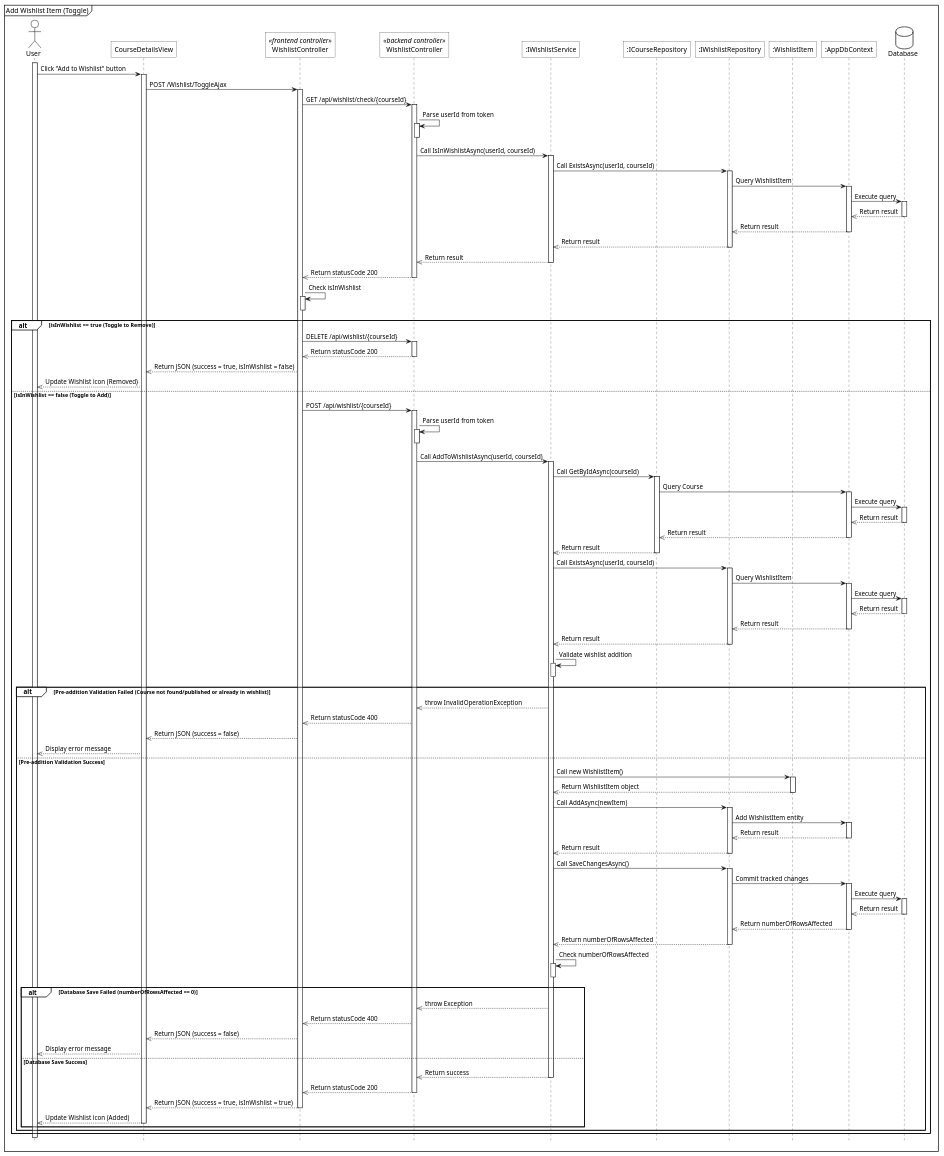
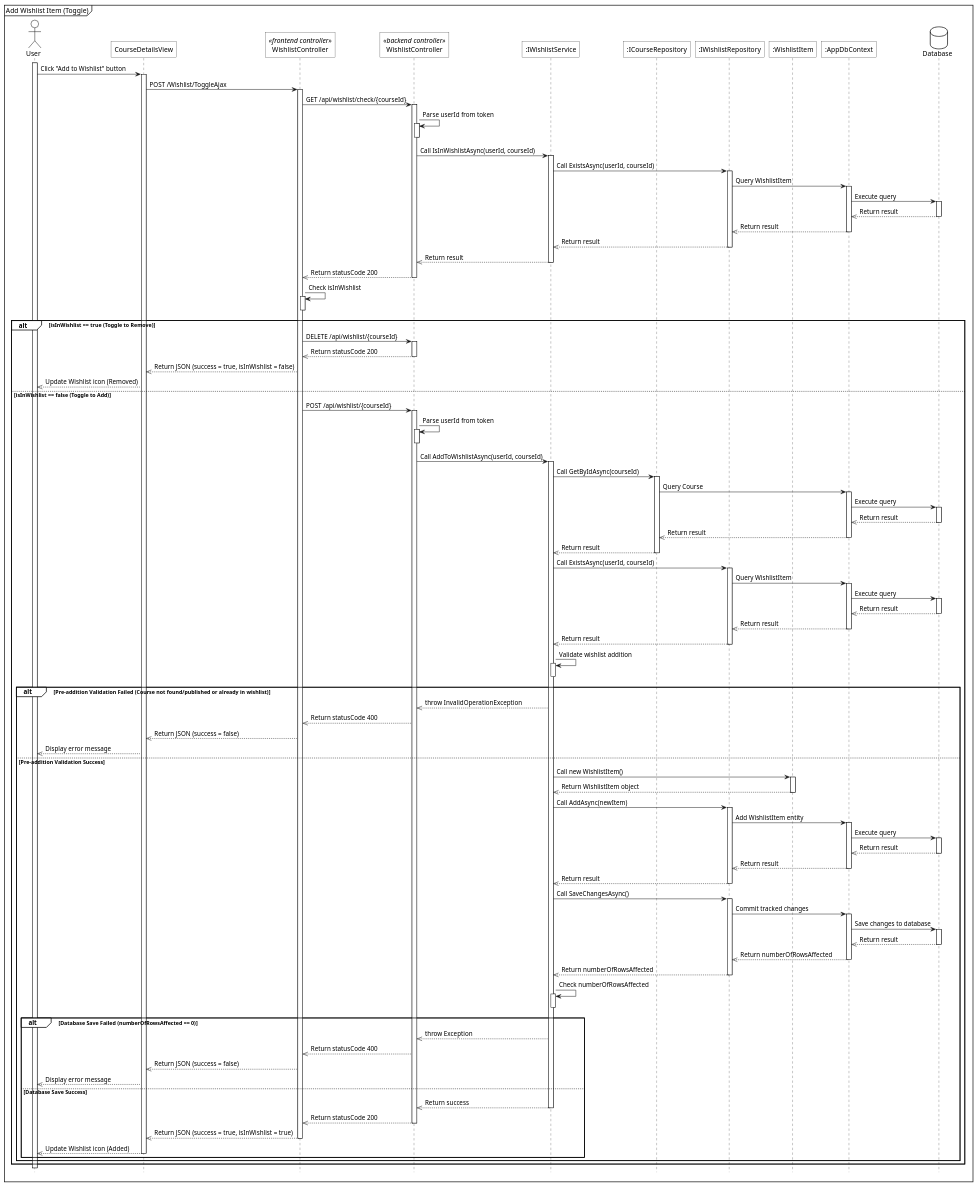
The diagram in diagrams/sequence/wishlist/sq_add_wishlist_item.plantuml (1000do/Linked), drawn with PlantUML before and after one commit. The commit also changed 15 other files, not shown here.

Commit message:
sequence cua tao

```diff
--- a/diagrams/sequence/wishlist/sq_add_wishlist_item.plantuml
+++ b/diagrams/sequence/wishlist/sq_add_wishlist_item.plantuml
@@ -1,132 +1,135 @@
 @startuml 
 <style>
     sequenceDiagram{
         actor{
             BackgroundColor white
             LineThickness 1.0
         }
         participant{
             BackgroundColor white
             RoundCorner 0
         }
         database{
             BackgroundColor white
         }
         groupHeader{
             BackgroundColor white
         }
         referenceHeader{
             BackgroundColor white
         }
         reference{
             BackgroundColor white
         }
     }
 </style>
 
 hide footbox
 
 mainframe Add Wishlist Item (Toggle)
 actor User as act
 
 participant "CourseDetailsView" as view
 participant "WishlistController" as fe_ctrl <<frontend controller>>
 participant "WishlistController" as be_ctrl <<backend controller>>
 participant ":IWishlistService" as sv
 participant ":ICourseRepository" as c_repo
 participant ":IWishlistRepository" as w_repo
 participant ":WishlistItem" as entity
 participant ":AppDbContext" as ctx
 database Database as db
 
 act++
 act->view++: Click "Add to Wishlist" button
 view->fe_ctrl++: POST /Wishlist/ToggleAjax
 
 fe_ctrl->be_ctrl++: GET /api/wishlist/check/{courseId}
 
 be_ctrl->be_ctrl++: Parse userId from token
 be_ctrl--
 
 be_ctrl->sv++: Call IsInWishlistAsync(userId, courseId)
 sv->w_repo++: Call ExistsAsync(userId, courseId)
 w_repo->ctx++: Query WishlistItem
 ctx->db++: Execute query
 db-->>ctx--: Return result
 ctx-->>w_repo--: Return result
 w_repo-->>sv--: Return result
 sv-->>be_ctrl--: Return result
 be_ctrl-->>fe_ctrl--: Return statusCode 200
 
 fe_ctrl->fe_ctrl++: Check isInWishlist
 fe_ctrl--
 
 alt isInWishlist == true (Toggle to Remove)
     fe_ctrl->be_ctrl++: DELETE /api/wishlist/{courseId}
     be_ctrl-->>fe_ctrl--: Return statusCode 200
     fe_ctrl-->>view: Return JSON (success = true, isInWishlist = false)
     view-->>act: Update Wishlist icon (Removed)
 else isInWishlist == false (Toggle to Add)
     fe_ctrl->be_ctrl++: POST /api/wishlist/{courseId}
     
     be_ctrl->be_ctrl++: Parse userId from token
     be_ctrl--
     
     be_ctrl->sv++: Call AddToWishlistAsync(userId, courseId)
     
     sv->c_repo++: Call GetByIdAsync(courseId)
     c_repo->ctx++: Query Course
     ctx->db++: Execute query
     db-->>ctx--: Return result
     ctx-->>c_repo--: Return result
     c_repo-->>sv--: Return result
     
     sv->w_repo++: Call ExistsAsync(userId, courseId)
     w_repo->ctx++: Query WishlistItem
     ctx->db++: Execute query
     db-->>ctx--: Return result
     ctx-->>w_repo--: Return result
     w_repo-->>sv--: Return result
     
     sv->sv++: Validate wishlist addition
     sv--
     
     alt Pre-addition Validation Failed (Course not found/published or already in wishlist)
         sv-->>be_ctrl: throw InvalidOperationException
         be_ctrl-->>fe_ctrl: Return statusCode 400
         fe_ctrl-->>view: Return JSON (success = false)
         view-->>act: Display error message
     else Pre-addition Validation Success
         sv->entity++: Call new WishlistItem()
         entity-->>sv--: Return WishlistItem object
         
         sv->w_repo++: Call AddAsync(newItem)
         w_repo->ctx++: Add WishlistItem entity
+        ctx->db++: Execute query
+        db-->>ctx--: Return result
         ctx-->>w_repo--: Return result
         w_repo-->>sv--: Return result
         
         sv->w_repo++: Call SaveChangesAsync()
         w_repo->ctx++: Commit tracked changes
-        ctx->db++: Execute query
+        ctx->db++: Save changes to database
+        
         db-->>ctx--: Return result
         ctx-->>w_repo--: Return numberOfRowsAffected
         w_repo-->>sv--: Return numberOfRowsAffected
         
         sv->sv++: Check numberOfRowsAffected
         sv--
         
         alt Database Save Failed (numberOfRowsAffected == 0)
             sv-->>be_ctrl: throw Exception
             be_ctrl-->>fe_ctrl: Return statusCode 400
             fe_ctrl-->>view: Return JSON (success = false)
             view-->>act: Display error message
         else Database Save Success
             sv-->>be_ctrl--: Return success
             be_ctrl-->>fe_ctrl--: Return statusCode 200
             
             fe_ctrl-->>view--: Return JSON (success = true, isInWishlist = true)
             view-->>act--: Update Wishlist icon (Added)
         end
     end
 end
 @enduml
```
